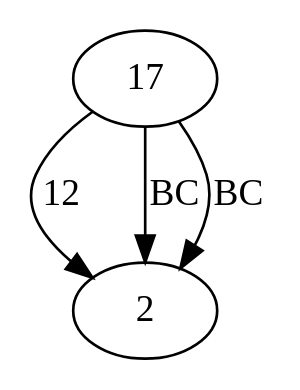
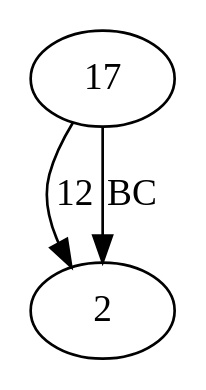
The diagram in Graphviz_files/Labels.dot (Joknaa/Project_G), drawn with Graphviz before and after one commit. The commit also changed 7 other files, not shown here.

```diff
--- a/Graphviz_files/Labels.dot
+++ b/Graphviz_files/Labels.dot
@@ -1,5 +1,4 @@
 digraph teeeeeeeeeeeeeee {
 17 -> 2 [ label = "12" ];
 17 -> 2 [ label = "BC" ];
-17 -> 2 [ label = "BC" ];
 }
```
